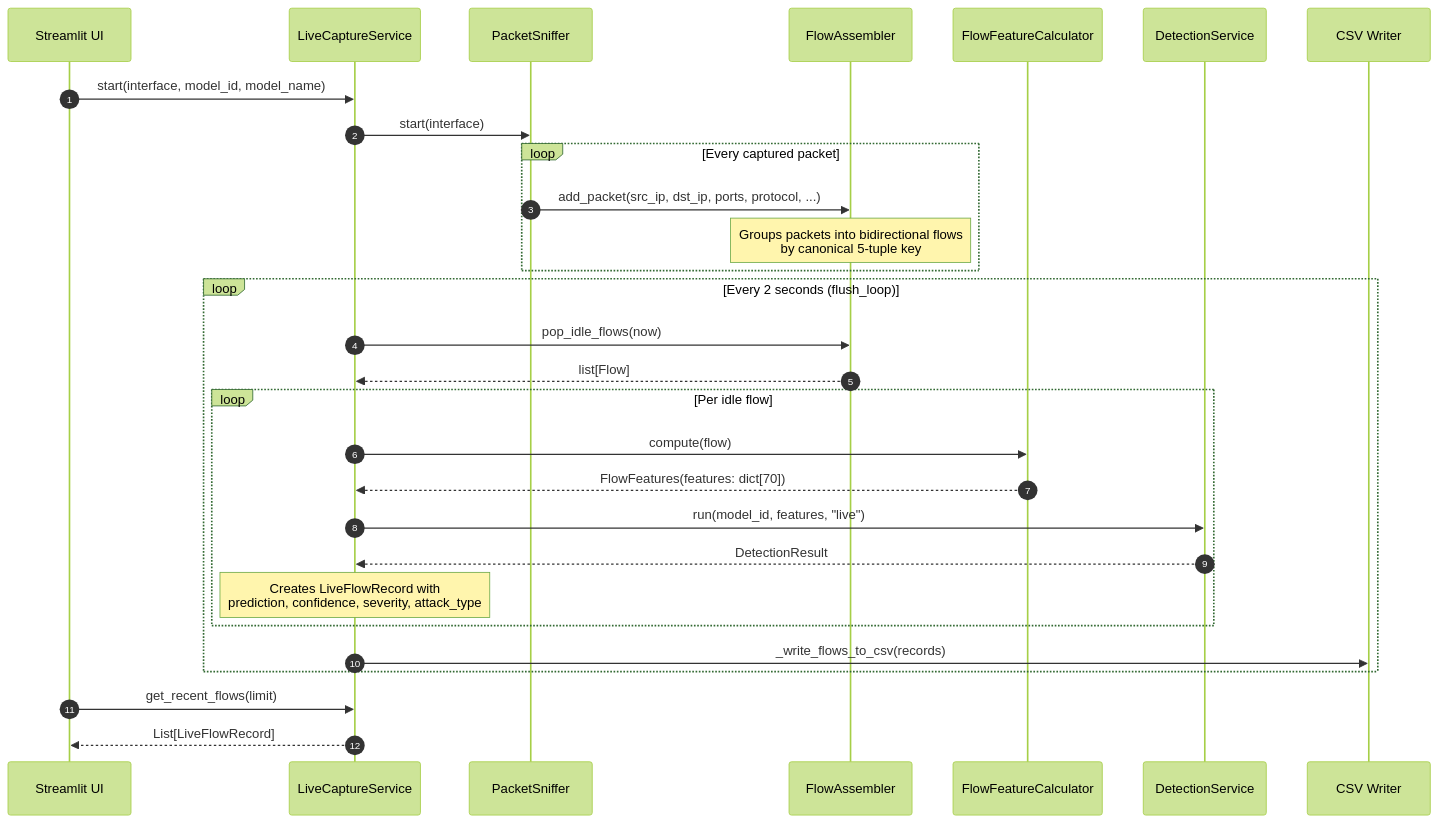
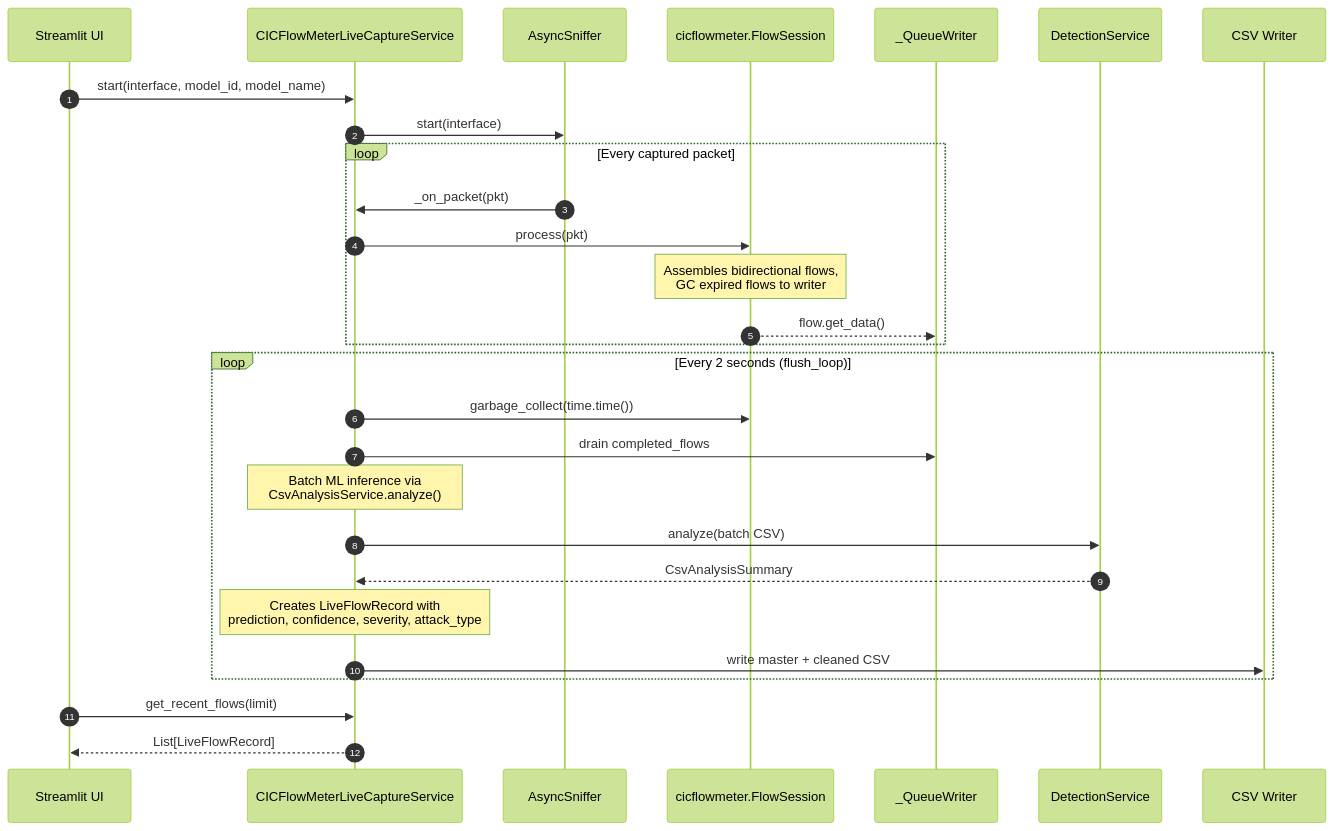
One commit to salhaihp97-glitc/AI-Driven-IDS changed the seventh of 13 diagrams in ARCHITECTURE.md. Above: the diagram before and after it, drawn with Mermaid (forest theme). The commit also changed other lines of this file and 58 other files, not shown here.

First line of the commit message:
Activate RF V3 & XGB V2 as sole selectable models; disable macro assembly by default; per-model class resolution

````diff
--- a/ARCHITECTURE.md
+++ b/ARCHITECTURE.md
@@ -454,37 +453,34 @@
 ```mermaid
 sequenceDiagram
     autonumber
     participant UI as Streamlit UI
-    participant LCS as LiveCaptureService
-    participant PS as PacketSniffer
-    participant FA as FlowAssembler
-    participant FFC as FlowFeatureCalculator
+    participant LCS as CICFlowMeterLiveCaptureService
+    participant AS as AsyncSniffer
+    participant FS as cicflowmeter.FlowSession
+    participant QW as _QueueWriter
     participant DS as DetectionService
     participant CSV as CSV Writer
 
     UI->>LCS: start(interface, model_id, model_name)
-    LCS->>PS: start(interface)
+    LCS->>AS: start(interface)
     
     loop Every captured packet
-        PS->>FA: add_packet(src_ip, dst_ip, ports, protocol, ...)
-        Note over FA: Groups packets into bidirectional flows<br/>by canonical 5-tuple key
+        AS->>LCS: _on_packet(pkt)
+        LCS->>FS: process(pkt)
+        Note over FS: Assembles bidirectional flows,<br/>GC expired flows to writer
+        FS-->>QW: flow.get_data()
     end
     
     loop Every 2 seconds (flush_loop)
-        LCS->>FA: pop_idle_flows(now)
-        FA-->>LCS: list[Flow]
-        
-        loop Per idle flow
-            LCS->>FFC: compute(flow)
-            FFC-->>LCS: FlowFeatures(features: dict[70])
-            LCS->>DS: run(model_id, features, "live")
-            DS-->>LCS: DetectionResult
-            Note over LCS: Creates LiveFlowRecord with<br/>prediction, confidence, severity, attack_type
-        end
-        
-        LCS->>CSV: _write_flows_to_csv(records)
+        LCS->>FS: garbage_collect(time.time())
+        LCS->>QW: drain completed_flows
+        Note over LCS: Batch ML inference via<br/>CsvAnalysisService.analyze()
+        LCS->>DS: analyze(batch CSV)
+        DS-->>LCS: CsvAnalysisSummary
+        Note over LCS: Creates LiveFlowRecord with<br/>prediction, confidence, severity, attack_type
+        LCS->>CSV: write master + cleaned CSV
     end
     
     UI->>LCS: get_recent_flows(limit)
     LCS-->>UI: List[LiveFlowRecord]
 ```
````
